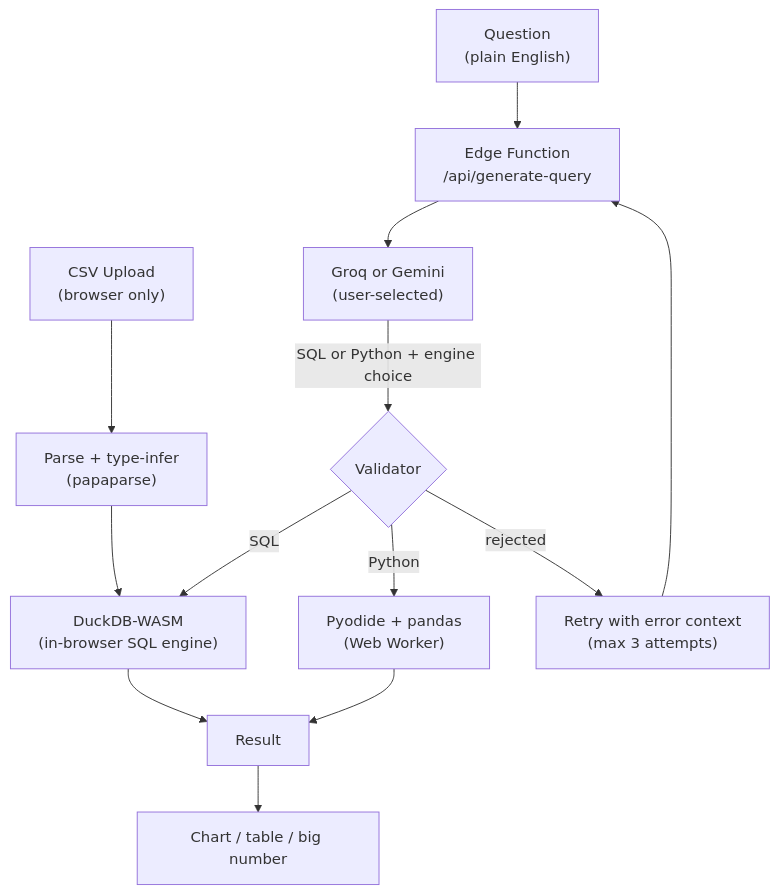
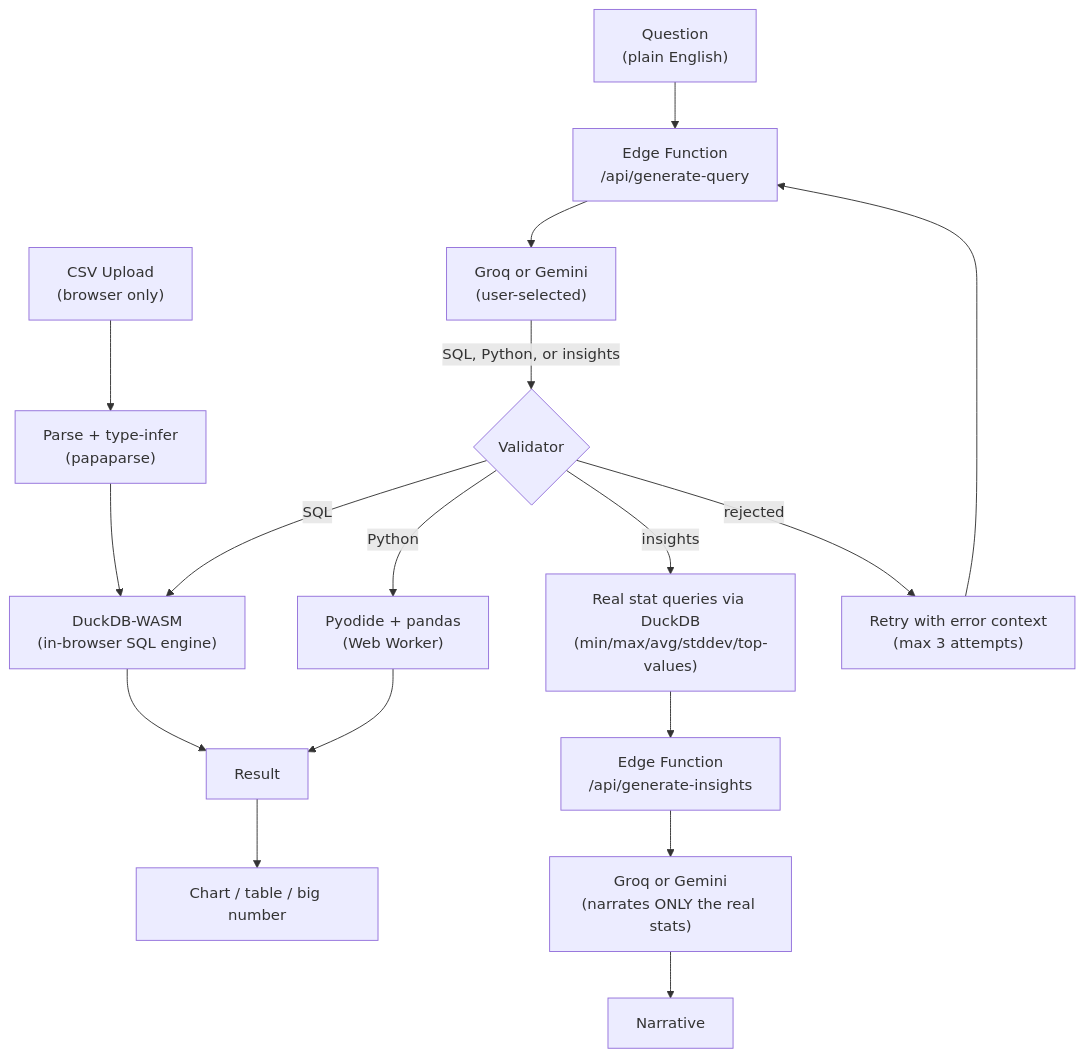
One commit to Zephyrex21/ai-data-analyst-agent changed the diagram in README.md. Above: the diagram before and after it, drawn with Mermaid. The commit also changed other lines of this file and 13 other files, not shown here.

````diff
--- a/README.md
+++ b/README.md
@@ -21,18 +21,23 @@
 ```mermaid
 flowchart TD
     U["CSV Upload<br/>(browser only)"] --> P["Parse + type-infer<br/>(papaparse)"]
     P --> D["DuckDB-WASM<br/>(in-browser SQL engine)"]
 
     Q["Question<br/>(plain English)"] --> E["Edge Function<br/>/api/generate-query"]
     E --> G["Groq or Gemini<br/>(user-selected)"]
-    G -->|"SQL or Python + engine choice"| V{"Validator"}
+    G -->|"SQL, Python, or insights"| V{"Validator"}
 
     V -->|"SQL"| D
     V -->|"Python"| PY["Pyodide + pandas<br/>(Web Worker)"]
+    V -->|"insights"| STAT["Real stat queries via DuckDB<br/>(min/max/avg/stddev/top-values)"]
     V -->|"rejected"| R["Retry with error context<br/>(max 3 attempts)"]
     R --> E
+
+    STAT --> NAR["Edge Function<br/>/api/generate-insights"]
+    NAR --> G2["Groq or Gemini<br/>(narrates ONLY the real stats)"]
+    G2 --> NARR["Narrative"]
 
     D --> RES["Result"]
     PY --> RES
     RES --> C["Chart / table / big number"]
 ```
````
